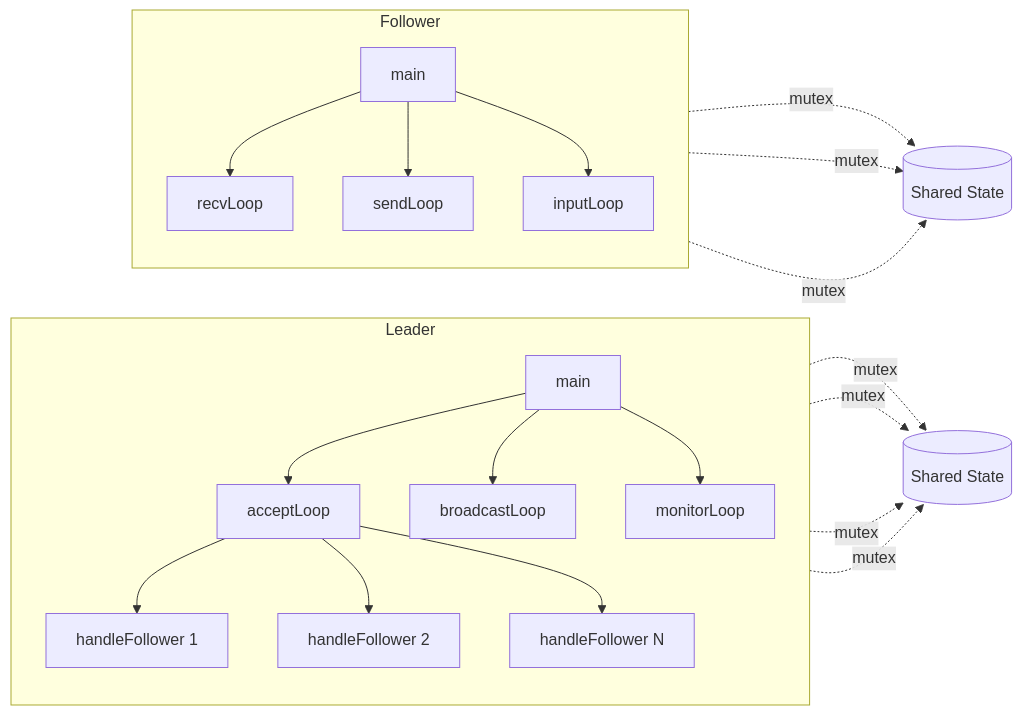
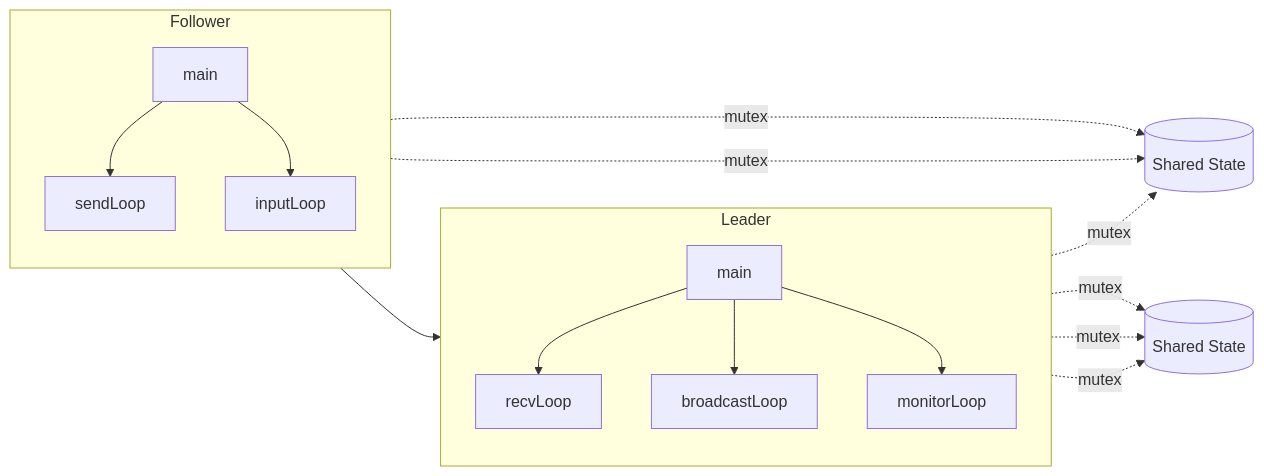
Before and after one commit to danganhphuc1131997/Platooning_System: the fifth of 9 diagrams in ARCHITECTURE.md, drawn with Mermaid. The commit also changed other lines of this file and 7 other files, not shown here.

````diff
--- a/ARCHITECTURE.md
+++ b/ARCHITECTURE.md
@@ -172,28 +171,24 @@
 ```mermaid
 flowchart LR
     subgraph Leader
         direction TB
-        Main1[main] --> Accept[acceptLoop]
+        Main1[main] --> Recv[recvLoop]
         Main1 --> Broadcast[broadcastLoop]
         Main1 --> Monitor[monitorLoop]
-        Accept --> Handler1[handleFollower 1]
-        Accept --> Handler2[handleFollower 2]
-        Accept --> HandlerN[handleFollower N]
     end
 
     subgraph Follower
         direction TB
         Main2[main] --> Recv[recvLoop]
         Main2 --> Send[sendLoop]
         Main2 --> Input[inputLoop]
     end
 
-    Handler1 -.->|mutex| State1[(Shared State)]
-    Handler2 -.->|mutex| State1
+    Recv -.->|mutex| State1[(Shared State)]
     Broadcast -.->|mutex| State1
     Monitor -.->|mutex| State1
 
     Recv -.->|mutex| State2[(Shared State)]
     Send -.->|mutex| State2
     Input -.->|mutex| State2
 ```
````
